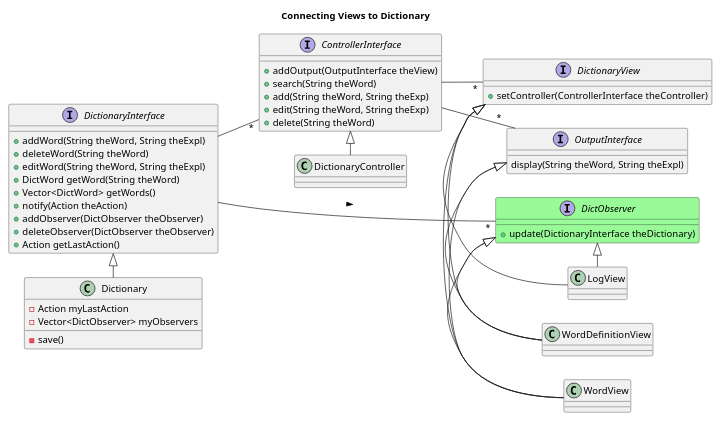
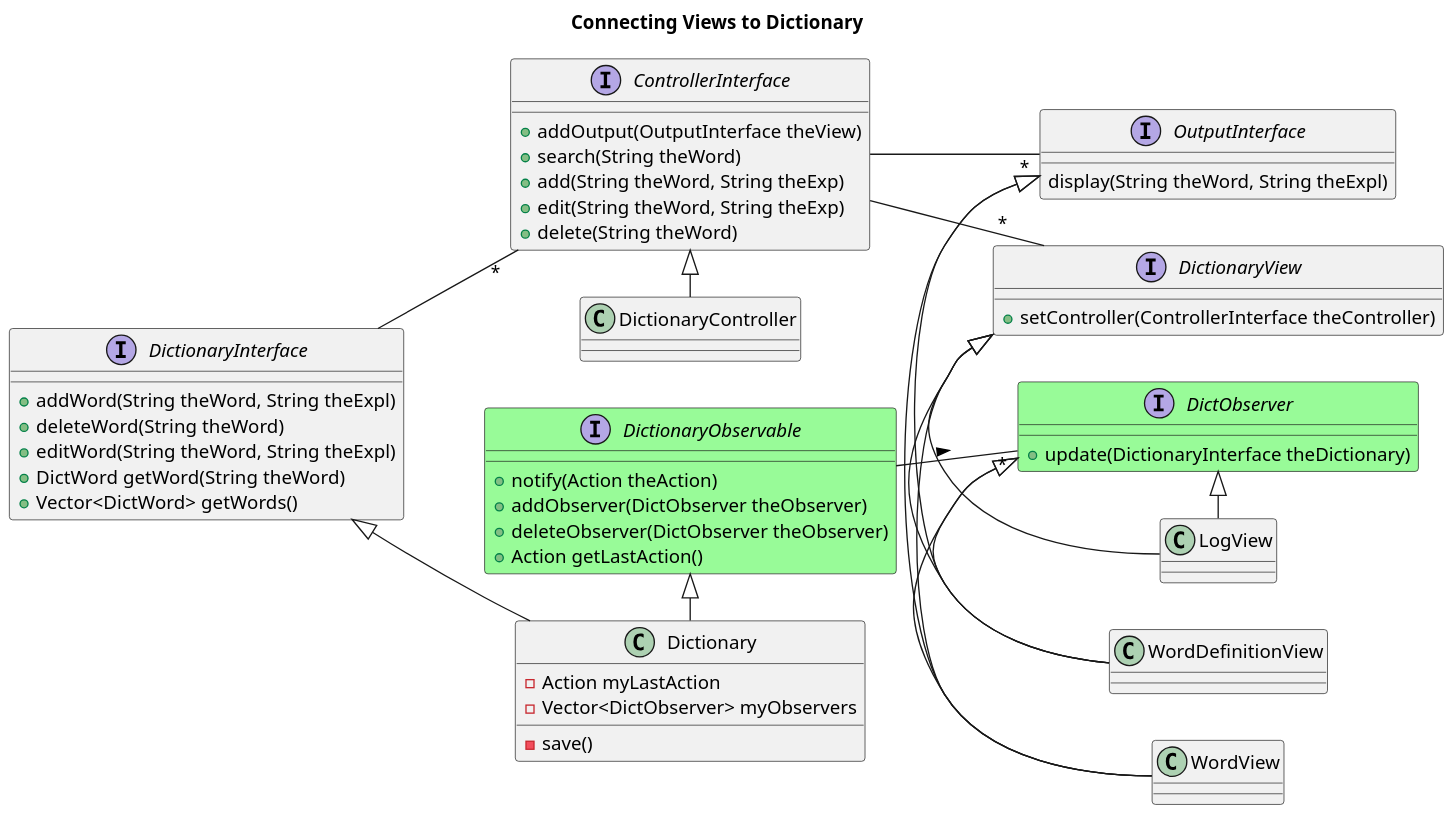
The seventh of 8 diagrams in Lectures/07_Design_to_Code.org (bth-dipt-teaching/PA1458-OO-Design), drawn with PlantUML before and after one commit. The commit also changed other lines of this file and 8 other files, not shown here.

```diff
--- a/Lectures/07_Design_to_Code.org
+++ b/Lectures/07_Design_to_Code.org
@@ -208,58 +213,60 @@
 #+BEGIN_SRC plantuml :file FDictionaryClass3.png
-scale max 800*600
+scale 1.5
 left to right direction
 title Connecting Views to Dictionary
 interface DictionaryInterface
 DictionaryInterface : +addWord(String theWord, String theExpl)
 DictionaryInterface : +deleteWord(String theWord)
 DictionaryInterface : +editWord(String theWord, String theExpl)
 DictionaryInterface : +DictWord getWord(String theWord)
 DictionaryInterface : +Vector<DictWord> getWords()
 
 interface DictionaryView
 DictionaryView : +setController(ControllerInterface theController)
 
 interface ControllerInterface
 ControllerInterface : +addOutput(OutputInterface theView)
 ControllerInterface : +search(String theWord)
 ControllerInterface : +add(String theWord, String theExp)
 ControllerInterface : +edit(String theWord, String theExp)
 ControllerInterface : +delete(String theWord)
 
 ControllerInterface -- "*" OutputInterface
 interface OutputInterface
 OutputInterface : display(String theWord, String theExpl)
 
 DictionaryInterface -- "*" ControllerInterface
 ControllerInterface -- "*" DictionaryView
 
 DictionaryInterface <|- Dictionary
 Dictionary : -save()
 
 ControllerInterface <|- DictionaryController
 
 DictionaryView <|- WordView
 DictionaryView <|- WordDefinitionView
 DictionaryView <|- LogView
 
 OutputInterface <|- WordView
 OutputInterface <|- WordDefinitionView
 
 ' ---
 interface DictObserver #PaleGreen
 DictObserver : +update(DictionaryInterface theDictionary)
 DictObserver <|- WordView
 DictObserver <|- WordDefinitionView
 DictObserver <|- LogView
 
+interface DictionaryObservable #PaleGreen
+DictionaryObservable : +notify(Action theAction)
+DictionaryObservable : +addObserver(DictObserver theObserver)
+DictionaryObservable : +deleteObserver(DictObserver theObserver)
+DictionaryObservable : +Action getLastAction()
 
-DictionaryInterface : +notify(Action theAction)
-DictionaryInterface : +addObserver(DictObserver theObserver)
-DictionaryInterface : +deleteObserver(DictObserver theObserver)
-DictionaryInterface : +Action getLastAction()
+DictionaryObservable <|- Dictionary
 
 Dictionary : -Action myLastAction
 Dictionary : -Vector<DictObserver> myObservers
 
-DictionaryInterface -- "*" DictObserver : >
+DictionaryObservable -- "*" DictObserver : >
 #+END_SRC
```
